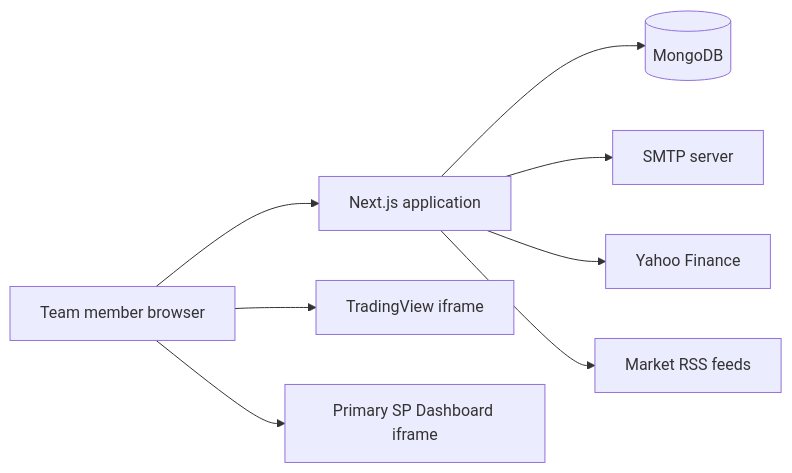
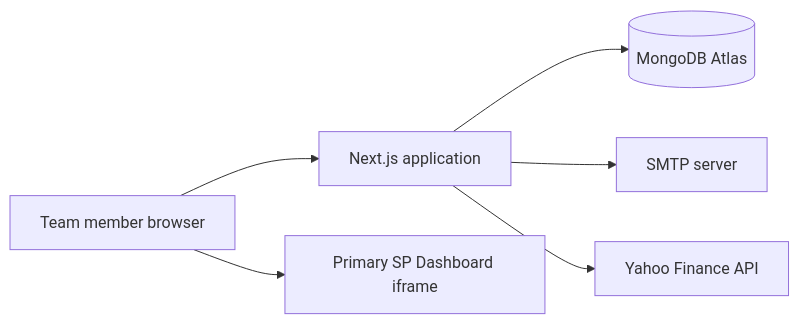
Before and after one commit to ShibayanBiswas/sp-workstation: the diagram in docs/ARCHITECTURE.md, drawn with Mermaid. The commit also changed other lines of this file and 14 other files, not shown here.

First line of the commit message:
Polish markets layout, IST chart axis, and deployment docs.

````diff
--- a/docs/ARCHITECTURE.md
+++ b/docs/ARCHITECTURE.md
@@ -22,10 +22,8 @@
 ```mermaid
 flowchart LR
     U[Team member browser] --> N[Next.js application]
-    N --> M[(MongoDB)]
+    N --> M[(MongoDB Atlas)]
     N --> S[SMTP server]
-    N --> Y[Yahoo Finance]
-    N --> R[Market RSS feeds]
-    U --> T[TradingView iframe]
+    N --> Y[Yahoo Finance API]
     U --> P[Primary SP Dashboard iframe]
 ```
````
